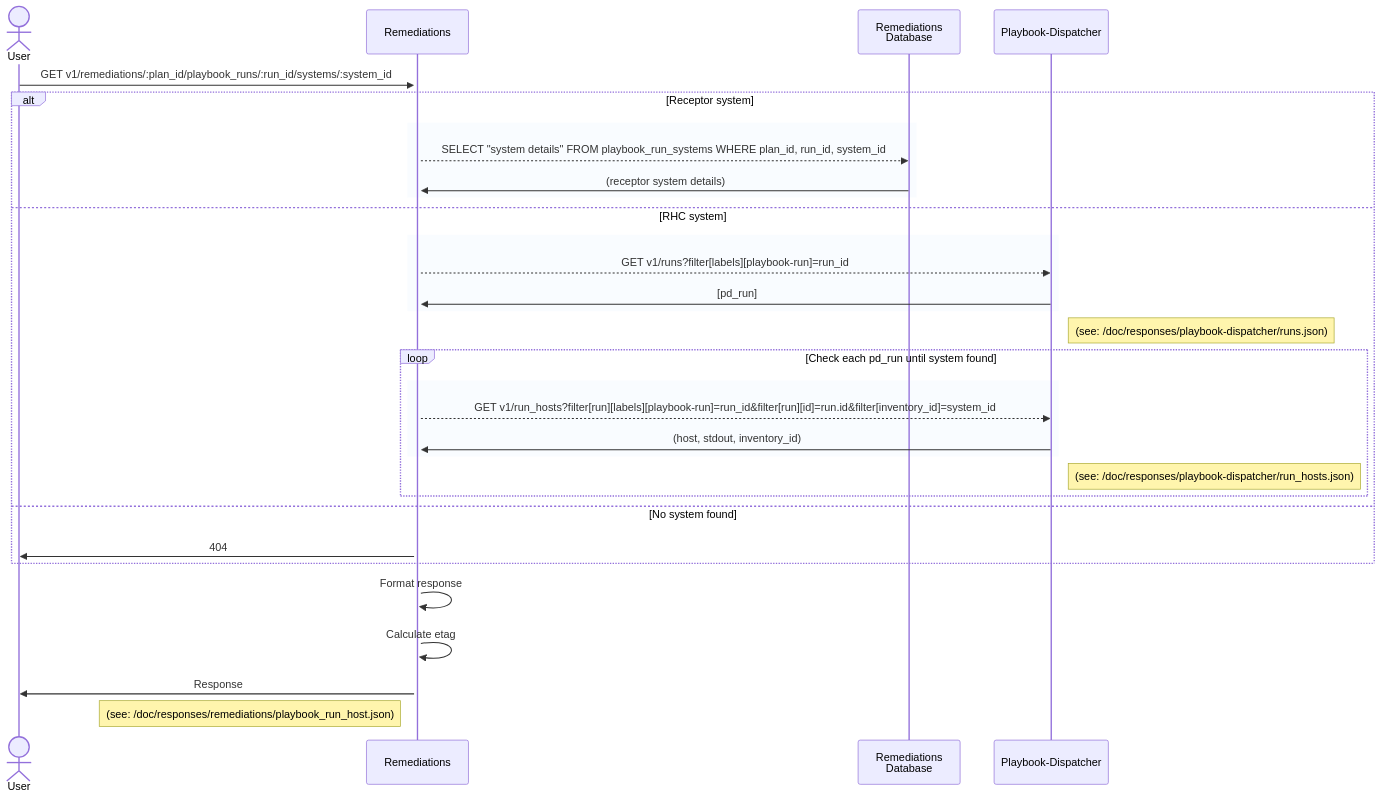
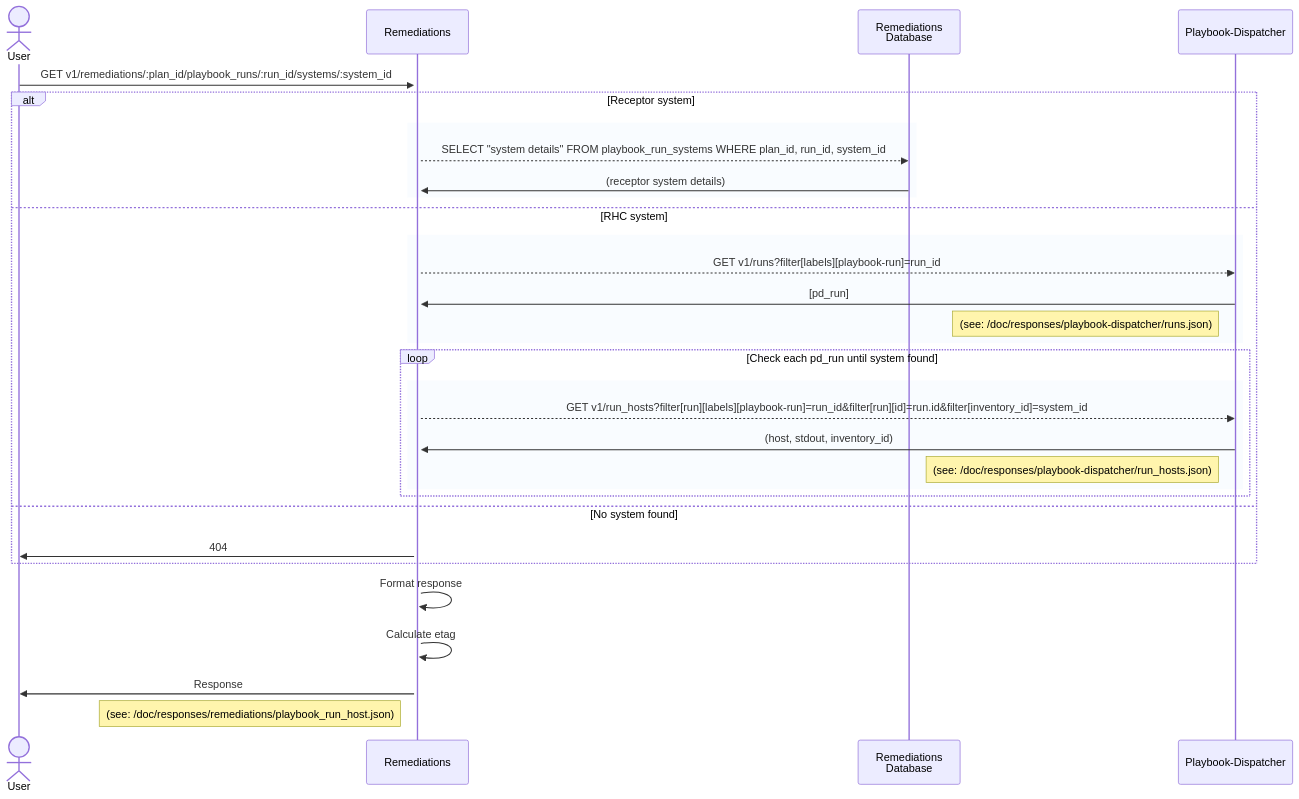
Before and after one commit to RedHatInsights/insights-remediations: the diagram in doc/diagrams/v1/remediations/{plan_id}/playbook_runs/getSystemDetails.md, drawn with Mermaid. The commit also changed 3 other files, not shown here.

Commit message:
Updated sequence diagram formatting

````diff
--- a/doc/diagrams/v1/remediations/{plan_id}/playbook_runs/getSystemDetails.md
+++ b/doc/diagrams/v1/remediations/{plan_id}/playbook_runs/getSystemDetails.md
@@ -16,38 +16,38 @@
 ```mermaid
 sequenceDiagram
     actor u as User
     participant rem as Remediations
     participant db as Remediations<br>Database
     participant pd as Playbook-Dispatcher
 
     u ->> + rem: GET v1/remediations/:plan_id/playbook_runs/:run_id/systems/:system_id
  
     alt Receptor system
        rect rgba(191, 223, 255, .1)
           rem -->> db: SELECT "system details" FROM playbook_run_systems WHERE plan_id, run_id, system_id
           db ->> rem: (receptor system details)
        end
 
     else RHC system
        rect rgba(191, 223, 255, .1)
           rem -->> pd: GET v1/runs?filter[labels][playbook-run]=run_id
           pd ->> rem: [pd_run]
+          note left of pd: (see: /doc/responses/playbook-dispatcher/runs.json)
        end
-       note right of pd: (see: /doc/responses/playbook-dispatcher/runs.json)
        loop Check each pd_run until system found
           rect rgba(191, 223, 255, .1)
              rem -->> pd: GET v1/run_hosts?filter[run][labels][playbook-run]=run_id&filter[run][id]=run.id&filter[inventory_id]=system_id
              pd ->> rem: (host, stdout, inventory_id)
+             note left of pd: (see: /doc/responses/playbook-dispatcher/run_hosts.json)
           end
-          note right of pd: (see: /doc/responses/playbook-dispatcher/run_hosts.json)
        end
 
     else No system found
        rem ->> u: 404
     end
  
     rem ->> rem: Format response
     rem ->> rem: Calculate etag
     rem ->> u: Response
     note left of rem: (see: /doc/responses/remediations/playbook_run_host.json)
 ```
````
